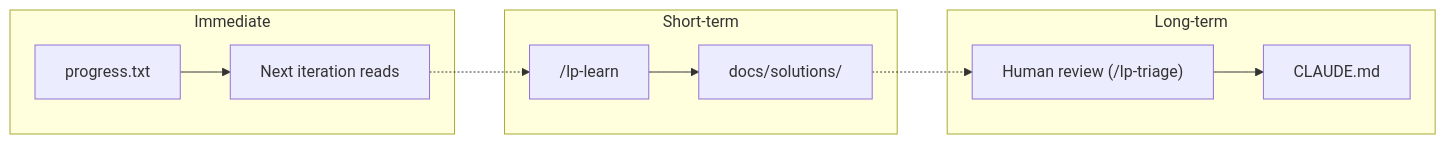
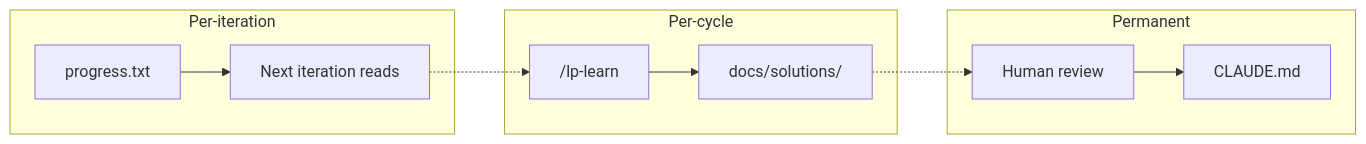
One commit to builtform/launchpad changed the second of 2 diagrams in docs/guides/METHODOLOGY.md. Above: the diagram before and after it, drawn with Mermaid. The commit also changed other lines of this file and 350 other files, not shown here.

````diff
--- a/docs/guides/METHODOLOGY.md
+++ b/docs/guides/METHODOLOGY.md
@@ -124,23 +121,23 @@
 ```mermaid
 flowchart LR
-    subgraph "Immediate"
+    subgraph "Per-iteration"
         PROG["progress.txt"]
         NEXT["Next iteration reads"]
         PROG --> NEXT
     end
 
-    subgraph "Short-term"
+    subgraph "Per-cycle"
         LEARN["/lp-learn"]
         SOLS["docs/solutions/"]
         LEARN --> SOLS
     end
 
-    subgraph "Long-term"
-        REVIEW["Human review (/lp-triage)"]
+    subgraph "Permanent"
+        REVIEW["Human review"]
         CLAUDE["CLAUDE.md"]
         REVIEW --> CLAUDE
     end
 
     NEXT -.-> LEARN
     SOLS -.-> REVIEW
 ```
````
